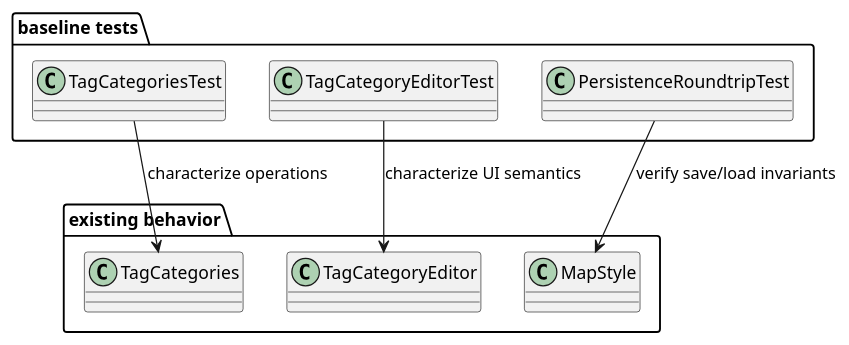
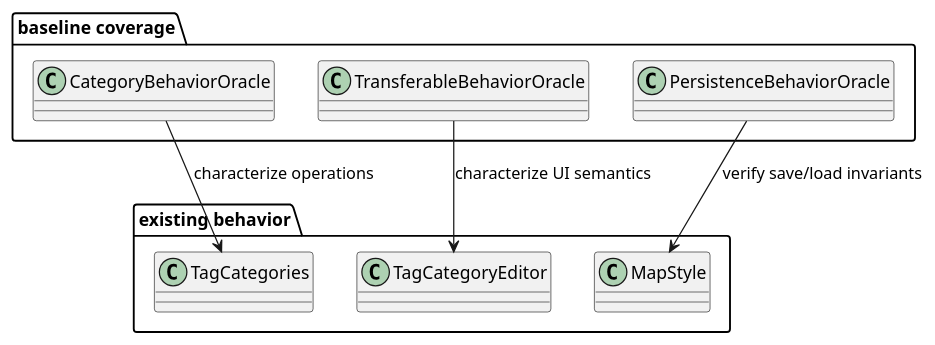
One commit to guoranjun2/nexordia changed the second of 7 diagrams in ai-specs/tasks/in-progress/expose-node-tags-to-ai-tools.md. Above: the diagram before and after it, drawn with PlantUML. The commit also changed other lines of this file and 44 other files, not shown here.

Commit message:
expose-node-tags-to-ai-tools: implement shared tag category access for UI, script, and AI

````diff
--- a/ai-specs/tasks/in-progress/expose-node-tags-to-ai-tools.md
+++ b/ai-specs/tasks/in-progress/expose-node-tags-to-ai-tools.md
@@ -235,19 +443,19 @@
 ```plantuml
 @startuml
 set separator none
-package "baseline tests" {
-  class TagCategoriesTest
-  class TagCategoryEditorTest
-  class PersistenceRoundtripTest
+package "baseline coverage" {
+  class CategoryBehaviorOracle
+  class TransferableBehaviorOracle
+  class PersistenceBehaviorOracle
 }
 package "existing behavior" {
   class TagCategories
   class TagCategoryEditor
   class MapStyle
 }
 
-TagCategoriesTest --> TagCategories : characterize operations
-TagCategoryEditorTest --> TagCategoryEditor : characterize UI semantics
-PersistenceRoundtripTest --> MapStyle : verify save/load invariants
+CategoryBehaviorOracle --> TagCategories : characterize operations
+TransferableBehaviorOracle --> TagCategoryEditor : characterize UI semantics
+PersistenceBehaviorOracle --> MapStyle : verify save/load invariants
 @enduml
 ```
````
